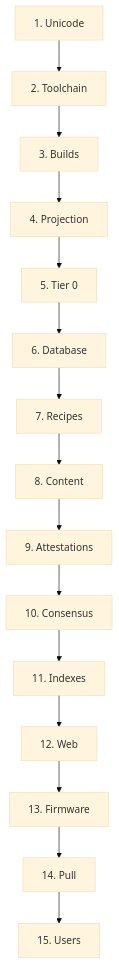
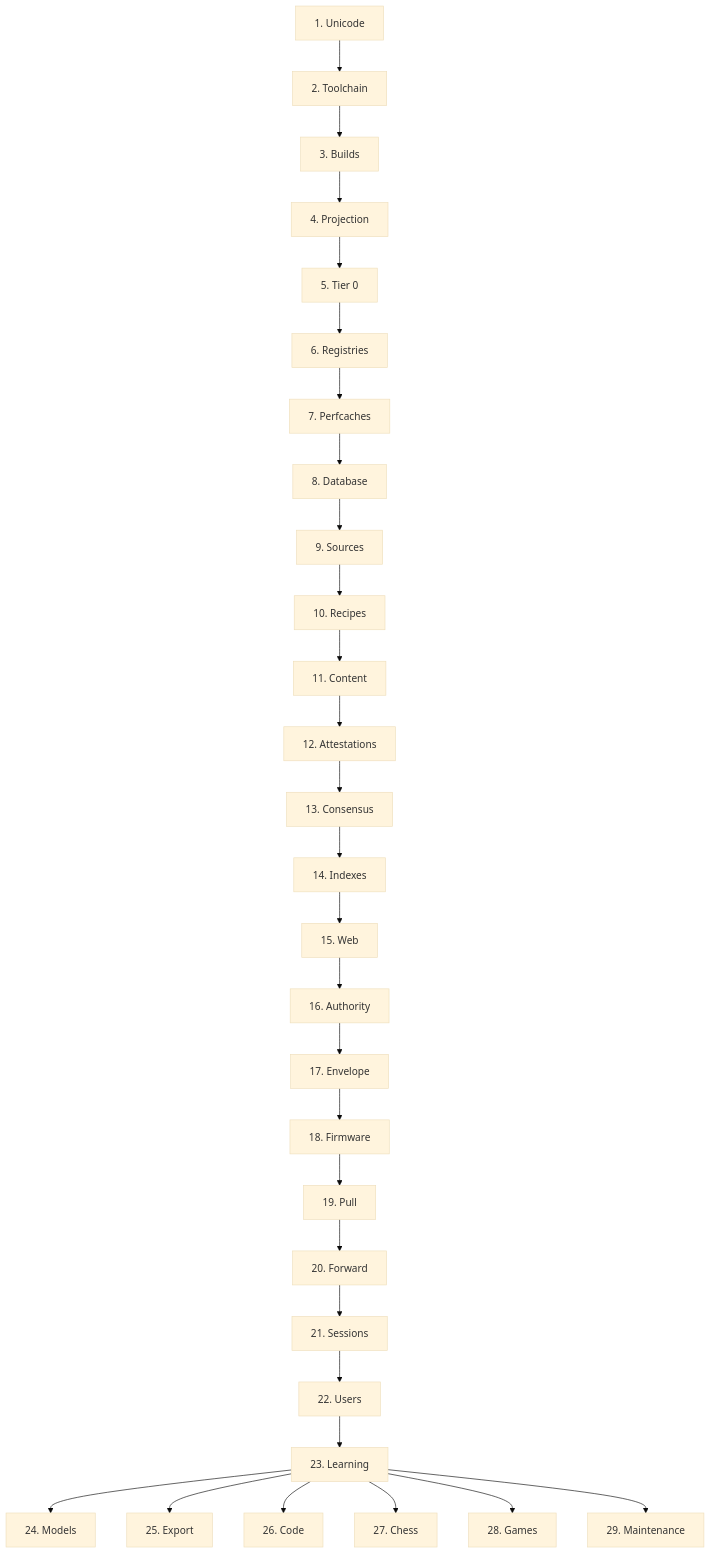
Before and after one commit to SaltyPatron/Laplace-Wiki: the diagram in Sequence/README.md, drawn with Mermaid (base theme). The commit also changed other lines of this file and 31 other files, not shown here.

First line of the commit message:
Sequence: thirty stages, every operation of the invention, from the monorepo's authority and the wiki's pages.

````diff
--- a/Sequence/README.md
+++ b/Sequence/README.md
@@ -7,17 +7,31 @@
 ```mermaid
 flowchart TD
     U[1. Unicode] --> T[2. Toolchain]
     T --> B[3. Builds]
     B --> S[4. Projection]
     S --> Z[5. Tier 0]
-    Z --> D[6. Database]
-    D --> R[7. Recipes]
-    R --> C[8. Content]
-    C --> A[9. Attestations]
-    A --> K[10. Consensus]
-    K --> I[11. Indexes]
-    I --> W[12. Web]
-    W --> F[13. Firmware]
-    F --> P[14. Pull]
-    P --> H[15. Users]
+    Z --> G[6. Registries]
+    G --> PC[7. Perfcaches]
+    PC --> D[8. Database]
+    D --> SO[9. Sources]
+    SO --> R[10. Recipes]
+    R --> C[11. Content]
+    C --> A[12. Attestations]
+    A --> K[13. Consensus]
+    K --> I[14. Indexes]
+    I --> W[15. Web]
+    W --> AU[16. Authority]
+    AU --> E[17. Envelope]
+    E --> F[18. Firmware]
+    F --> P[19. Pull]
+    P --> FP[20. Forward]
+    FP --> SE[21. Sessions]
+    SE --> H[22. Users]
+    H --> L[23. Learning]
+    L --> M[24. Models]
+    L --> X[25. Export]
+    L --> CO[26. Code]
+    L --> CH[27. Chess]
+    L --> GA[28. Games]
+    L --> MA[29. Maintenance]
 ```
````
